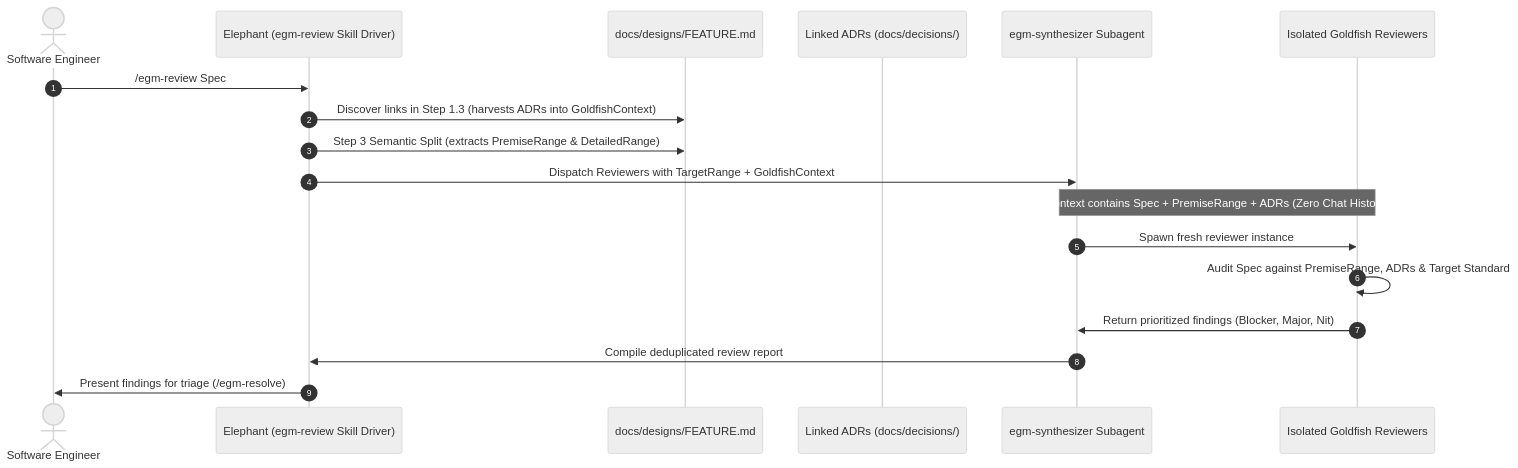
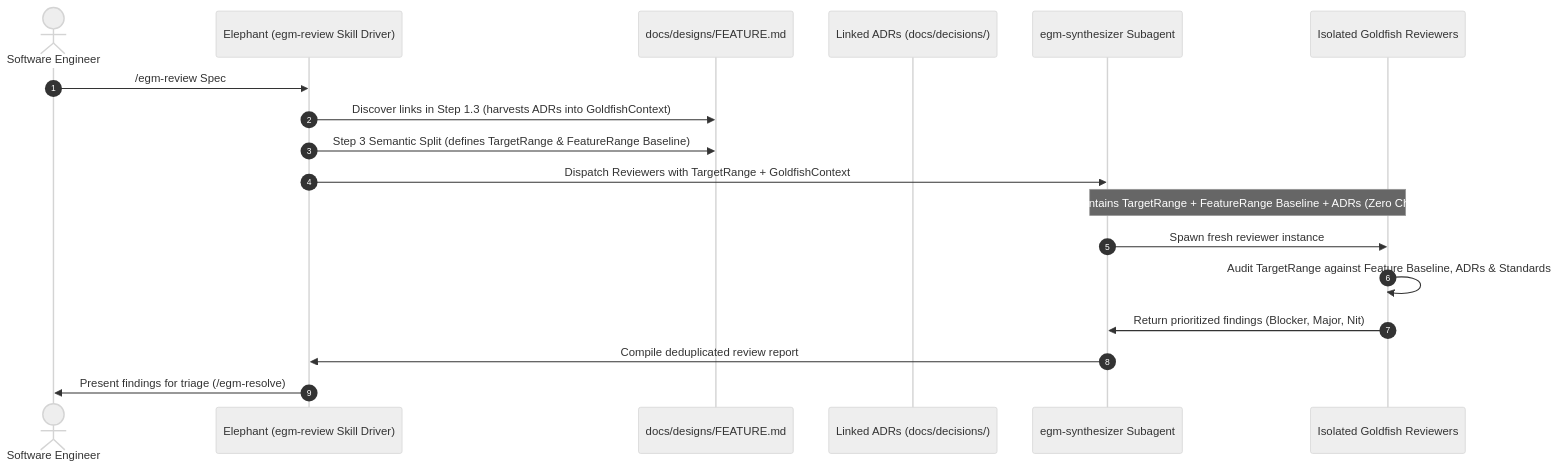
Before and after one commit to google/elephant-goldfish-model: the diagram in docs/designs/recorded_decisions.md, drawn with Mermaid (neutral theme). The commit also changed other lines of this file, not shown here.

````diff
--- a/docs/designs/recorded_decisions.md
+++ b/docs/designs/recorded_decisions.md
@@ -106,21 +116,21 @@
 ```mermaid
 sequenceDiagram
     autonumber
     actor Human as Software Engineer
     participant Driver as Elephant (egm-review Skill Driver)
     participant Spec as docs/designs/FEATURE.md
     participant ADR as Linked ADRs (docs/decisions/)
     participant Synthesizer as egm-synthesizer Subagent
     participant Reviewer as Isolated Goldfish Reviewers
 
     Human->>Driver: /egm-review Spec
     Driver->>Spec: Discover links in Step 1.3 (harvests ADRs into GoldfishContext)
-    Driver->>Spec: Step 3 Semantic Split (extracts PremiseRange & DetailedRange)
+    Driver->>Spec: Step 3 Semantic Split (defines TargetRange & FeatureRange Baseline)
     Driver->>Synthesizer: Dispatch Reviewers with TargetRange + GoldfishContext
-    Note over Synthesizer,Reviewer: Context contains Spec + PremiseRange + ADRs (Zero Chat History)
+    Note over Synthesizer,Reviewer: Context contains TargetRange + FeatureRange Baseline + ADRs (Zero Chat History)
     Synthesizer->>Reviewer: Spawn fresh reviewer instance
-    Reviewer->>Reviewer: Audit Spec against PremiseRange, ADRs & Target Standard
+    Reviewer->>Reviewer: Audit TargetRange against Feature Baseline, ADRs & Standards
     Reviewer->>Synthesizer: Return prioritized findings (Blocker, Major, Nit)
     Synthesizer->>Driver: Compile deduplicated review report
     Driver->>Human: Present findings for triage (/egm-resolve)
 ```
````
